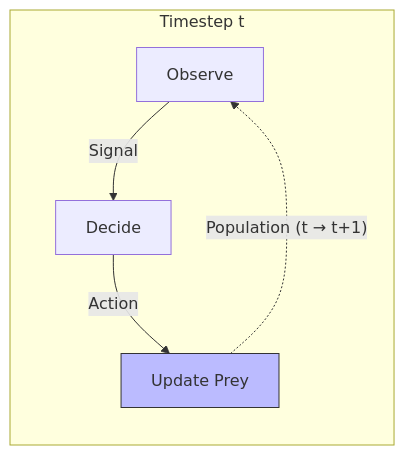
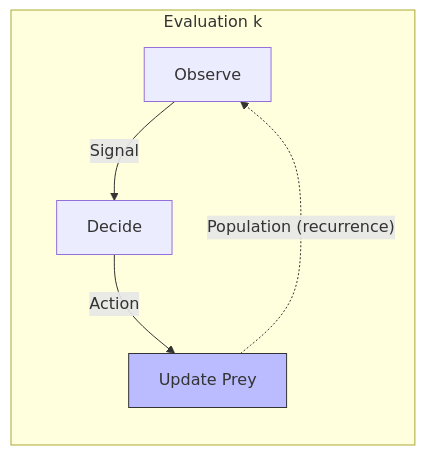
The fifth of 9 diagrams in docs/framework/guide/composition.md (BlockScience/gds-core), drawn with Mermaid before and after one commit. The commit also changed other lines of this file and 31 other files, not shown here.

````diff
--- a/docs/framework/guide/composition.md
+++ b/docs/framework/guide/composition.md
@@ -336,10 +336,10 @@
 ```mermaid
 graph LR
-    subgraph "Timestep t"
+    subgraph "Evaluation k"
         O["Observe"] -->|"Signal"| D["Decide"]
         D -->|"Action"| U["Update Prey"]
     end
-    U -.->|"Population (t → t+1)"| O
+    U -.->|"Population (recurrence)"| O
 
     style U fill:#bbf,stroke:#333
 ```
````
